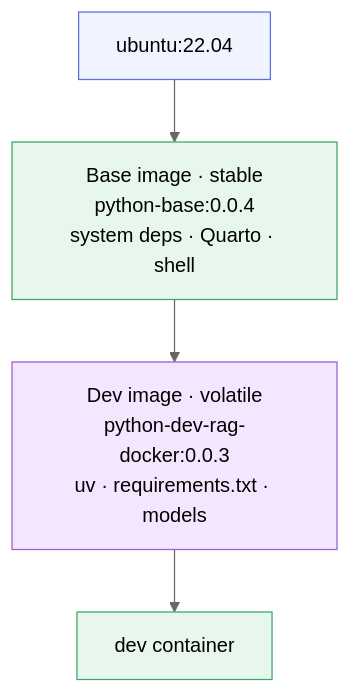
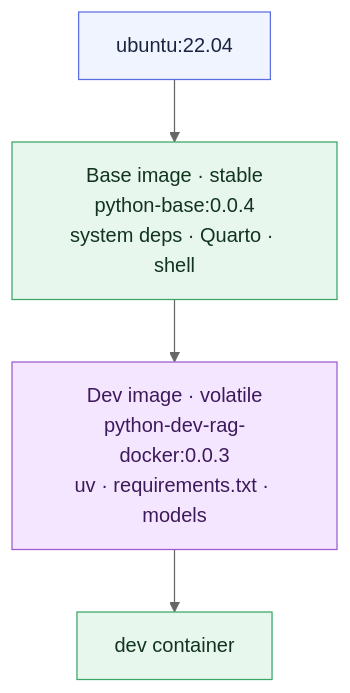
The diagram in chapter_3/l5/README.md (LinkedInLearning/docker-for-local-ai-app-development-build-lightweight-containerized-ai-applications-11189001), drawn with Mermaid (neutral theme) before and after one commit. The commit also changed 25 other files, not shown here.

````diff
--- a/chapter_3/l5/README.md
+++ b/chapter_3/l5/README.md
@@ -74,13 +74,13 @@
 ```mermaid
 flowchart TD
     U[ubuntu:22.04] --> BASE["Base image · stable<br/>python-base:0.0.4<br/>system deps · Quarto · shell"]
     BASE --> DEV["Dev image · volatile<br/>python-dev-rag-docker:0.0.3<br/>uv · requirements.txt · models"]
     DEV --> C["dev container"]
 
-    classDef input fill:#f0f4ff,stroke:#5b6ee1,stroke-width:1px;
-    classDef stable fill:#e8f7ee,stroke:#3aa667,stroke-width:1px;
-    classDef volatile fill:#f5e6ff,stroke:#9b5bd1,stroke-width:1px;
+    classDef input fill:#f0f4ff,stroke:#5b6ee1,stroke-width:1px,color:#1a2440;
+    classDef stable fill:#e8f7ee,stroke:#3aa667,stroke-width:1px,color:#12341f;
+    classDef volatile fill:#f5e6ff,stroke:#9b5bd1,stroke-width:1px,color:#3d1a5c;
     class U input
     class BASE,C stable
     class DEV volatile
 ```
````
